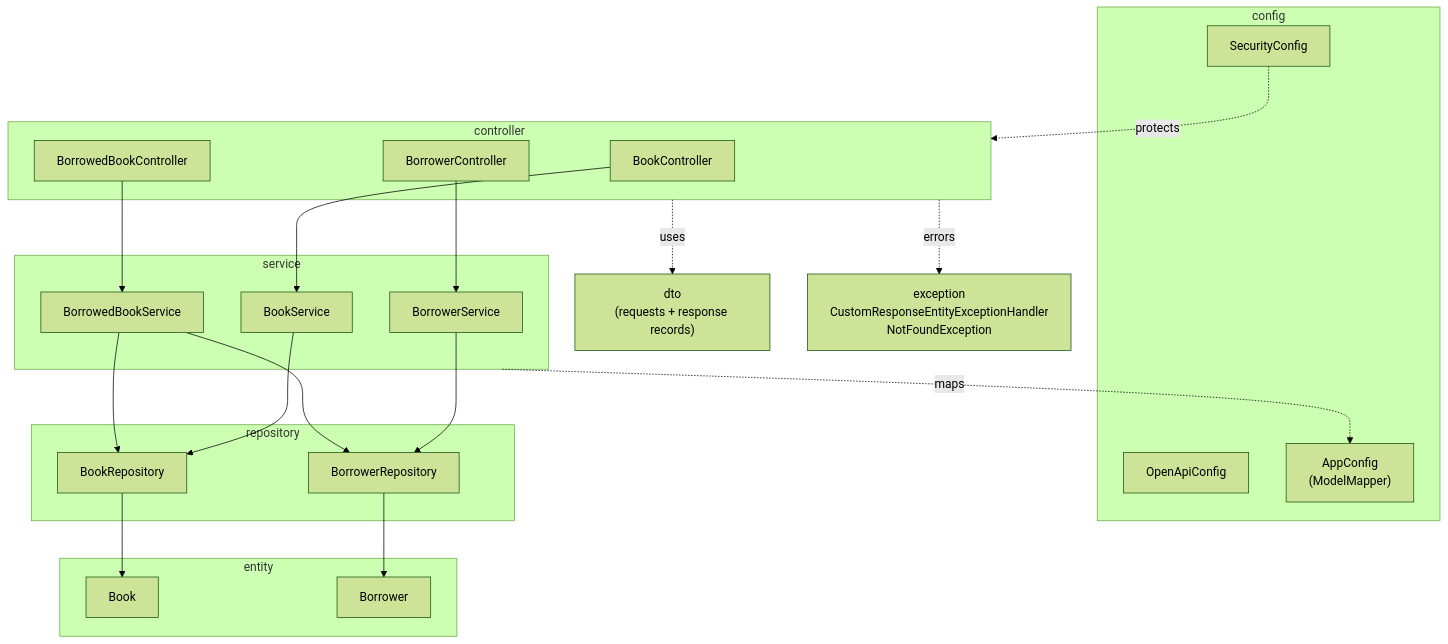
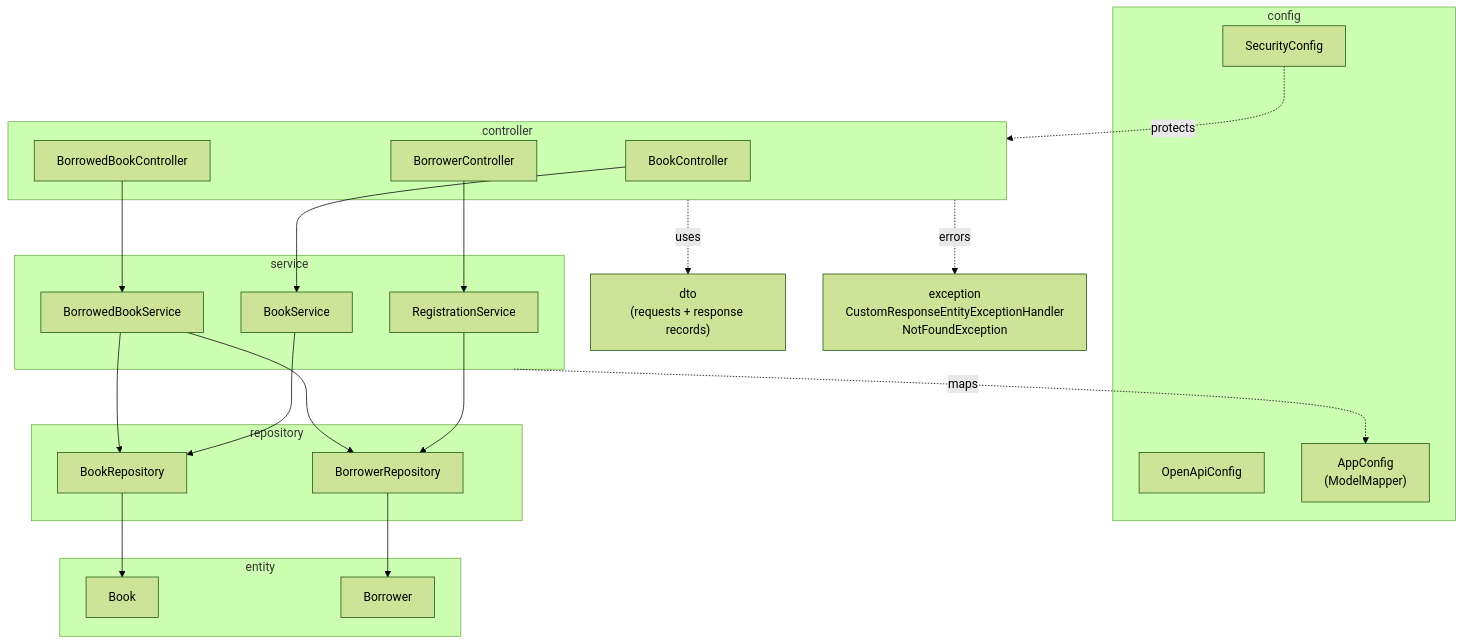
The second of 6 diagrams in docs/architecture/README.md (tharangage/simple-library), drawn with Mermaid (forest theme) before and after one commit. The commit also changed 23 other files, not shown here.

````diff
--- a/docs/architecture/README.md
+++ b/docs/architecture/README.md
@@ -43,42 +43,42 @@
 ```mermaid
 flowchart TB
     subgraph config
         SecurityConfig
         OpenApiConfig
         AppConfig["AppConfig<br/>(ModelMapper)"]
     end
     subgraph controller
         BookController
         BorrowerController
         BorrowedBookController
     end
     subgraph service
         BookService
-        BorrowerService
+        RegistrationService
         BorrowedBookService
     end
     subgraph repository
         BookRepository
         BorrowerRepository
     end
     subgraph entity
         Book
         Borrower
     end
     dto["dto<br/>(requests + response records)"]
     exh["exception<br/>CustomResponseEntityExceptionHandler<br/>NotFoundException"]
 
     BookController --> BookService
-    BorrowerController --> BorrowerService
+    BorrowerController --> RegistrationService
     BorrowedBookController --> BorrowedBookService
     BookService --> BookRepository
-    BorrowerService --> BorrowerRepository
+    RegistrationService --> BorrowerRepository
     BorrowedBookService --> BookRepository
     BorrowedBookService --> BorrowerRepository
     BookRepository --> Book
     BorrowerRepository --> Borrower
     controller -. uses .-> dto
     controller -. errors .-> exh
     service -. maps .-> AppConfig
     SecurityConfig -. protects .-> controller
 ```
````
